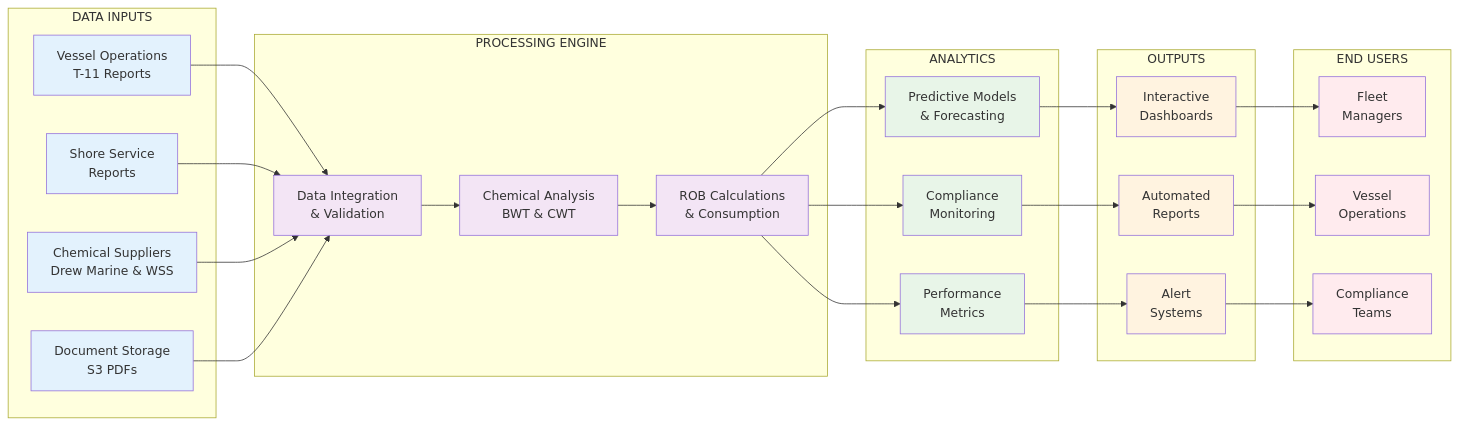
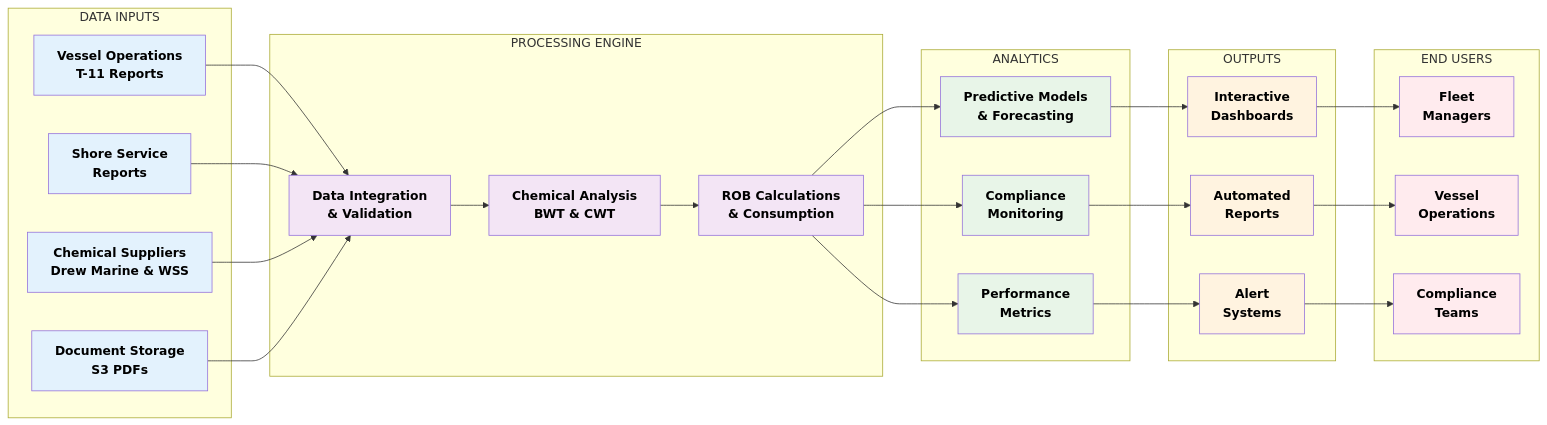
The diagram in App Insights/Boiler & Cooling Water Treatment.md (naanDhaanDaLeo/siya-public-documentation), drawn with Mermaid before and after one commit.

Commit message:
Update Boiler & Cooling Water Treatment.md

````diff
--- a/App Insights/Boiler & Cooling Water Treatment.md
+++ b/App Insights/Boiler & Cooling Water Treatment.md
@@ -5,70 +5,70 @@
 ```mermaid
 flowchart LR
     subgraph "DATA INPUTS"
         A[Vessel Operations<br/>T-11 Reports]
         B[Shore Service<br/>Reports]
         C[Chemical Suppliers<br/>Drew Marine & WSS]
         D[Document Storage<br/>S3 PDFs]
     end
     
     subgraph "PROCESSING ENGINE"
         E[Data Integration<br/>& Validation]
         F[Chemical Analysis<br/>BWT & CWT]
         G[ROB Calculations<br/>& Consumption]
     end
     
     subgraph "ANALYTICS"
         H[Predictive Models<br/>& Forecasting]
         I[Compliance<br/>Monitoring]
         J[Performance<br/>Metrics]
     end
     
     subgraph "OUTPUTS"
         K[Interactive<br/>Dashboards]
         L[Automated<br/>Reports]
         M[Alert<br/>Systems]
     end
     
     subgraph "END USERS"
         N[Fleet<br/>Managers]
         O[Vessel<br/>Operations]
         P[Compliance<br/>Teams]
     end
     
     A --> E
     B --> E
     C --> E
     D --> E
     
     E --> F
     F --> G
     
     G --> H
     G --> I
     G --> J
     
     H --> K
     I --> L
     J --> M
     
     K --> N
     L --> O
     M --> P
     
-    style A fill:#e3f2fd
-    style B fill:#e3f2fd
-    style C fill:#e3f2fd
-    style D fill:#e3f2fd
-    style E fill:#f3e5f5
-    style F fill:#f3e5f5
-    style G fill:#f3e5f5
-    style H fill:#e8f5e8
-    style I fill:#e8f5e8
-    style J fill:#e8f5e8
-    style K fill:#fff3e0
-    style L fill:#fff3e0
-    style M fill:#fff3e0
-    style N fill:#ffebee
-    style O fill:#ffebee
-    style P fill:#ffebee
+    style A fill:#e3f2fd,color:#000000,font-weight:bold
+    style B fill:#e3f2fd,color:#000000,font-weight:bold
+    style C fill:#e3f2fd,color:#000000,font-weight:bold
+    style D fill:#e3f2fd,color:#000000,font-weight:bold
+    style E fill:#f3e5f5,color:#000000,font-weight:bold
+    style F fill:#f3e5f5,color:#000000,font-weight:bold
+    style G fill:#f3e5f5,color:#000000,font-weight:bold
+    style H fill:#e8f5e8,color:#000000,font-weight:bold
+    style I fill:#e8f5e8,color:#000000,font-weight:bold
+    style J fill:#e8f5e8,color:#000000,font-weight:bold
+    style K fill:#fff3e0,color:#000000,font-weight:bold
+    style L fill:#fff3e0,color:#000000,font-weight:bold
+    style M fill:#fff3e0,color:#000000,font-weight:bold
+    style N fill:#ffebee,color:#000000,font-weight:bold
+    style O fill:#ffebee,color:#000000,font-weight:bold
+    style P fill:#ffebee,color:#000000,font-weight:bold
 ```
````
